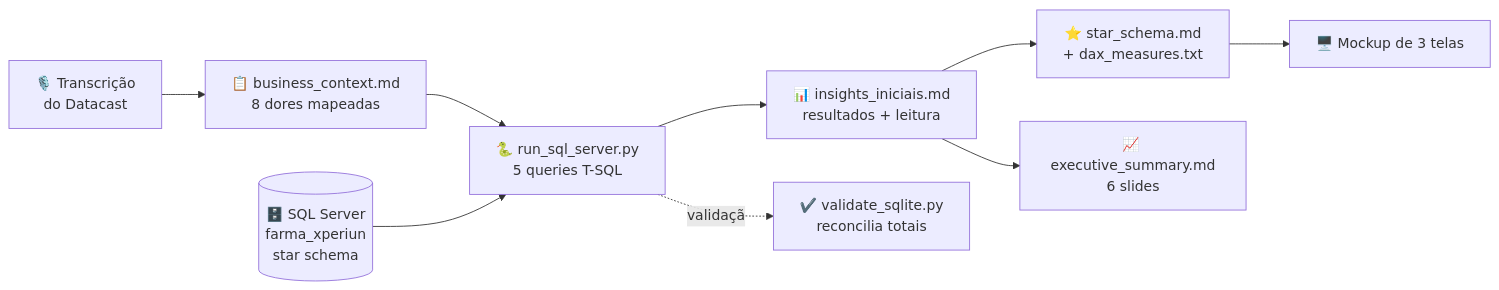
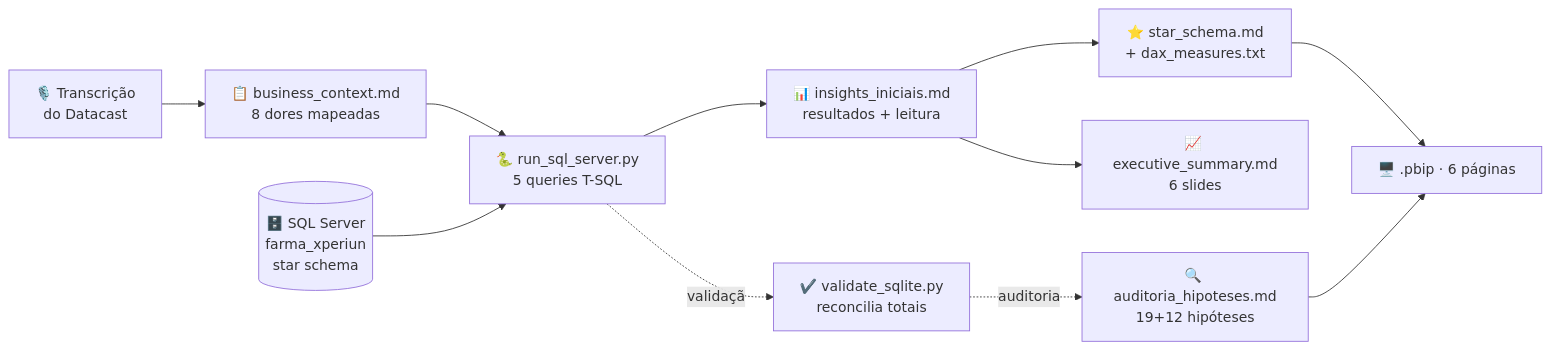
The diagram in README.md (luudelfino91-lgtm/PharmaVantage_Analytics), drawn with Mermaid before and after one commit. The commit also changed other lines of this file and 4 other files, not shown here.

First line of the commit message:
docs: auditoria de hipoteses, cenarios ocultos e nota sobre a meta (Fase 3)

````diff
--- a/README.md
+++ b/README.md
@@ -51,11 +55,13 @@
 ```mermaid
 flowchart LR
     A["🎙️ Transcrição<br/>do Datacast"] --> B["📋 business_context.md<br/>8 dores mapeadas"]
     B --> C["🐍 run_sql_server.py<br/>5 queries T-SQL"]
     D[("🗄️ SQL Server<br/>farma_xperiun<br/>star schema")] --> C
     C --> E["📊 insights_iniciais.md<br/>resultados + leitura"]
     C -.validação.-> F["✔️ validate_sqlite.py<br/>reconcilia totais"]
     E --> G["⭐ star_schema.md<br/>+ dax_measures.txt"]
-    G --> H["🖥️ Mockup de 3 telas"]
+    G --> H["🖥️ .pbip · 6 páginas"]
     E --> I["📈 executive_summary.md<br/>6 slides"]
+    F -.auditoria.-> J["🔍 auditoria_hipoteses.md<br/>19+12 hipóteses"]
+    J --> H
 ```
````
